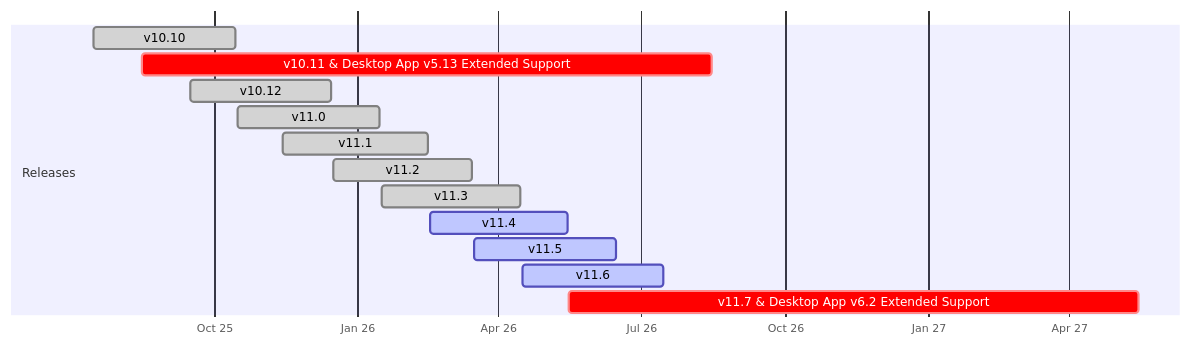
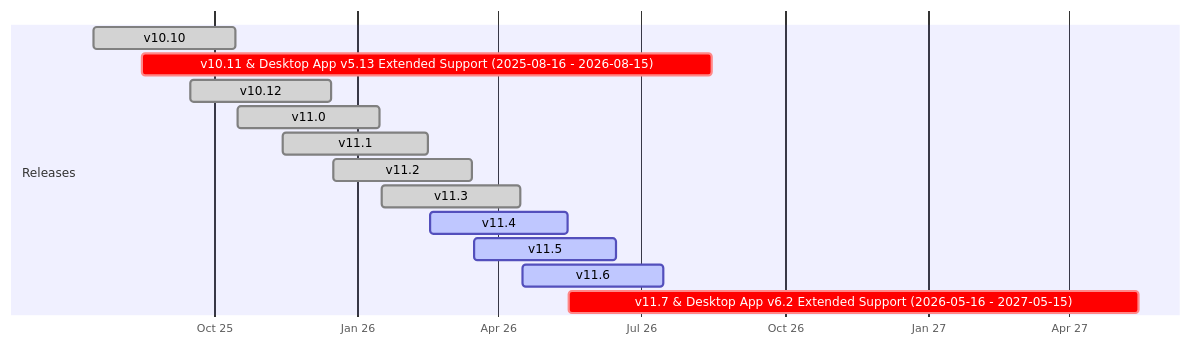
Before and after one commit to mattermost/docs: the diagram in source/product-overview/release-policy.md, drawn with Mermaid.

````diff
--- a/source/product-overview/release-policy.md
+++ b/source/product-overview/release-policy.md
@@ -44,19 +44,19 @@
 ```{mermaid}
 
 gantt
     dateFormat  YYYY-MM-DD
     axisFormat  %b %y
 
     section Releases
     v10.10                 :done, 2025-07-16, 2025-10-15
-    v10.11 & Desktop App v5.13 Extended Support :crit,    2025-08-16, 2026-08-15
+    v10.11 & Desktop App v5.13 Extended Support (2025-08-16 - 2026-08-15) :crit,    2025-08-16, 2026-08-15
     v10.12                 :done, 2025-09-16, 2025-12-15
     v11.0                  :done, 2025-10-16, 2026-01-15
     v11.1                  :done, 2025-11-14, 2026-02-15
     v11.2                  :done, 2025-12-16, 2026-03-15
     v11.3                  :done, 2026-01-16, 2026-04-15
     v11.4                  :active, 2026-02-16, 2026-05-15
     v11.5                  :active, 2026-03-16, 2026-06-15
     v11.6                  :active, 2026-04-16, 2026-07-15
-    v11.7 & Desktop App v6.2 Extended Support :crit,    2026-05-16, 2027-05-15
+    v11.7 & Desktop App v6.2 Extended Support (2026-05-16 - 2027-05-15) :crit,    2026-05-16, 2027-05-15
 ```
````
